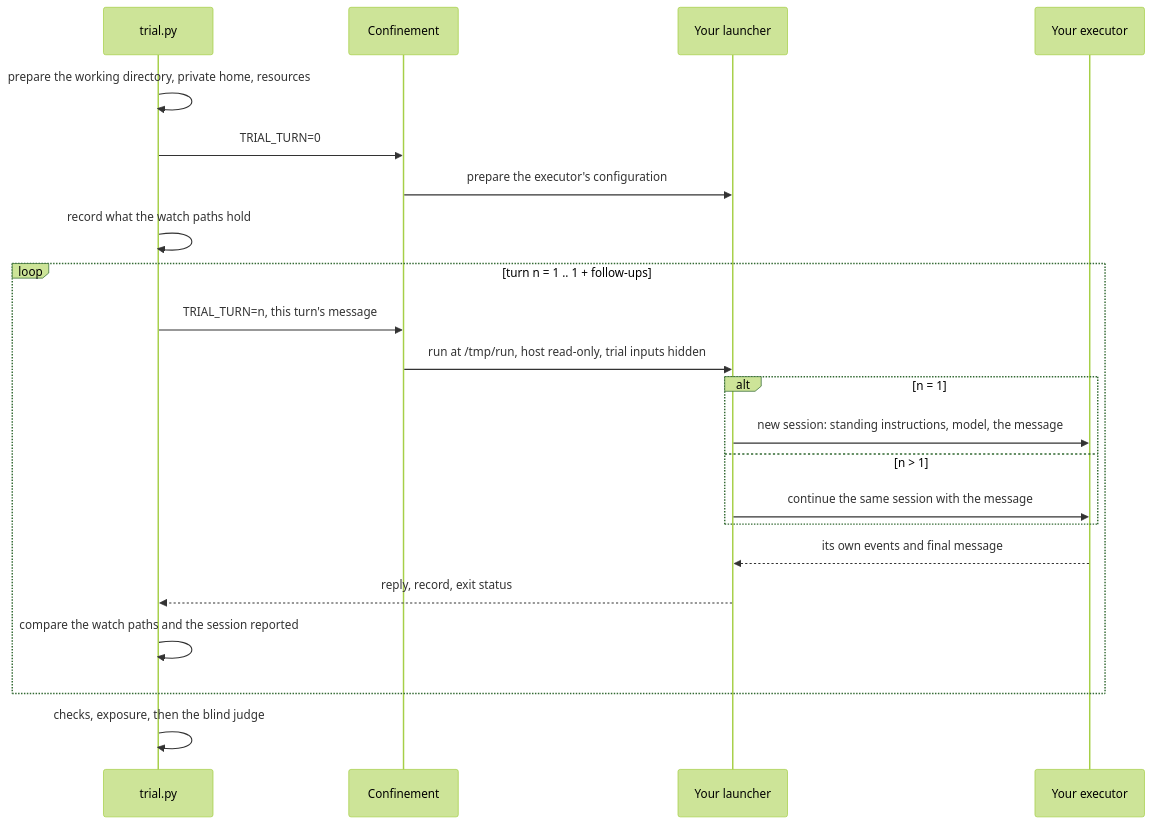
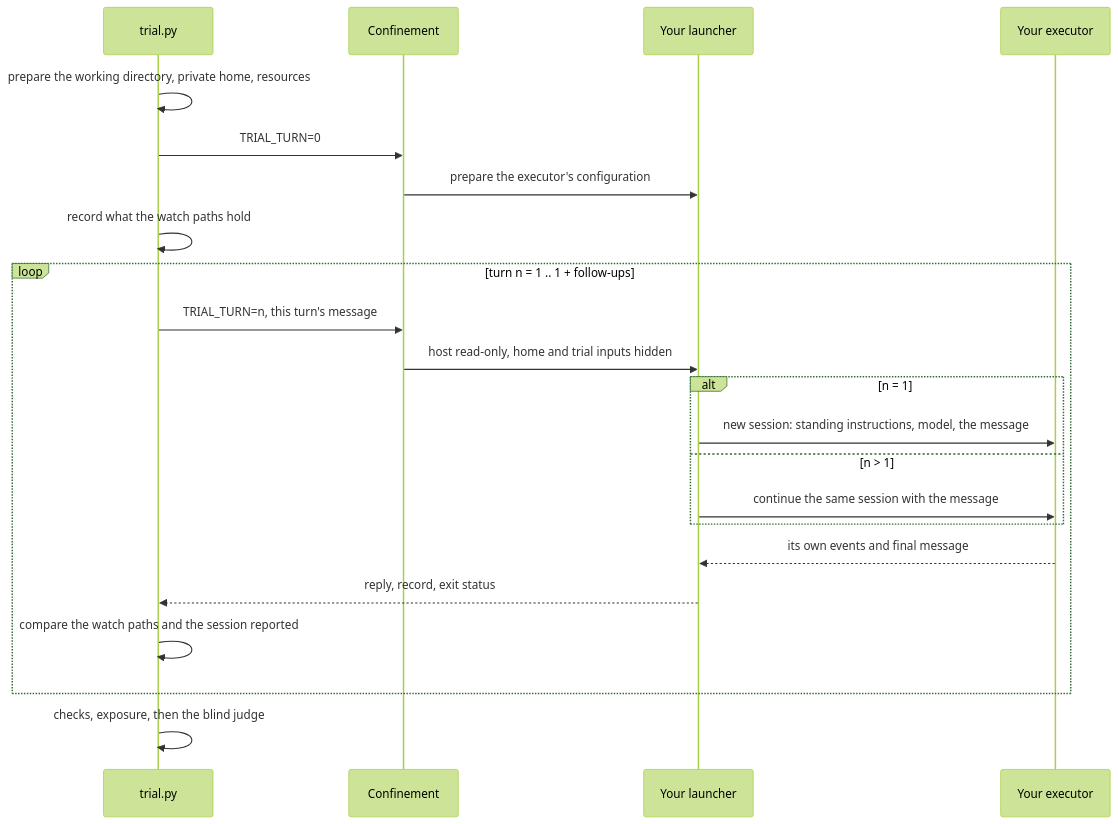
The second of 4 diagrams in plugins/agentic-design-and-evaluation/skills/split-testing/references/launching.md (DevGuyRash/agent-tooling), drawn with Mermaid (forest theme) before and after one commit. The commit also changed other lines of this file and 3 other files, not shown here.

````diff
--- a/plugins/agentic-design-and-evaluation/skills/split-testing/references/launching.md
+++ b/plugins/agentic-design-and-evaluation/skills/split-testing/references/launching.md
@@ -33,24 +33,24 @@
 ```mermaid
 sequenceDiagram
   participant R as trial.py
   participant B as Confinement
   participant L as Your launcher
   participant X as Your executor
   R->>R: prepare the working directory, private home, resources
   R->>B: TRIAL_TURN=0
   B->>L: prepare the executor's configuration
   R->>R: record what the watch paths hold
   loop turn n = 1 .. 1 + follow-ups
     R->>B: TRIAL_TURN=n, this turn's message
-    B->>L: run at /tmp/run, host read-only, trial inputs hidden
+    B->>L: host read-only, home and trial inputs hidden
     alt n = 1
       L->>X: new session: standing instructions, model, the message
     else n > 1
       L->>X: continue the same session with the message
     end
     X-->>L: its own events and final message
     L-->>R: reply, record, exit status
     R->>R: compare the watch paths and the session reported
   end
   R->>R: checks, exposure, then the blind judge
 ```
````
